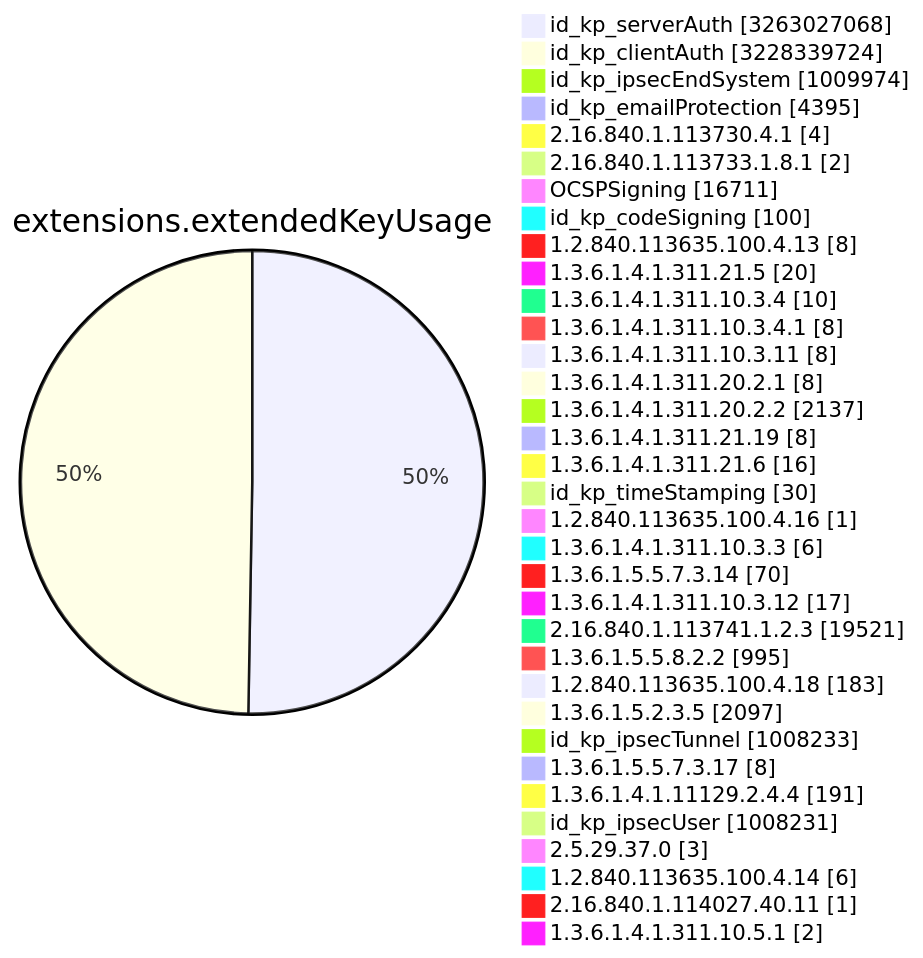
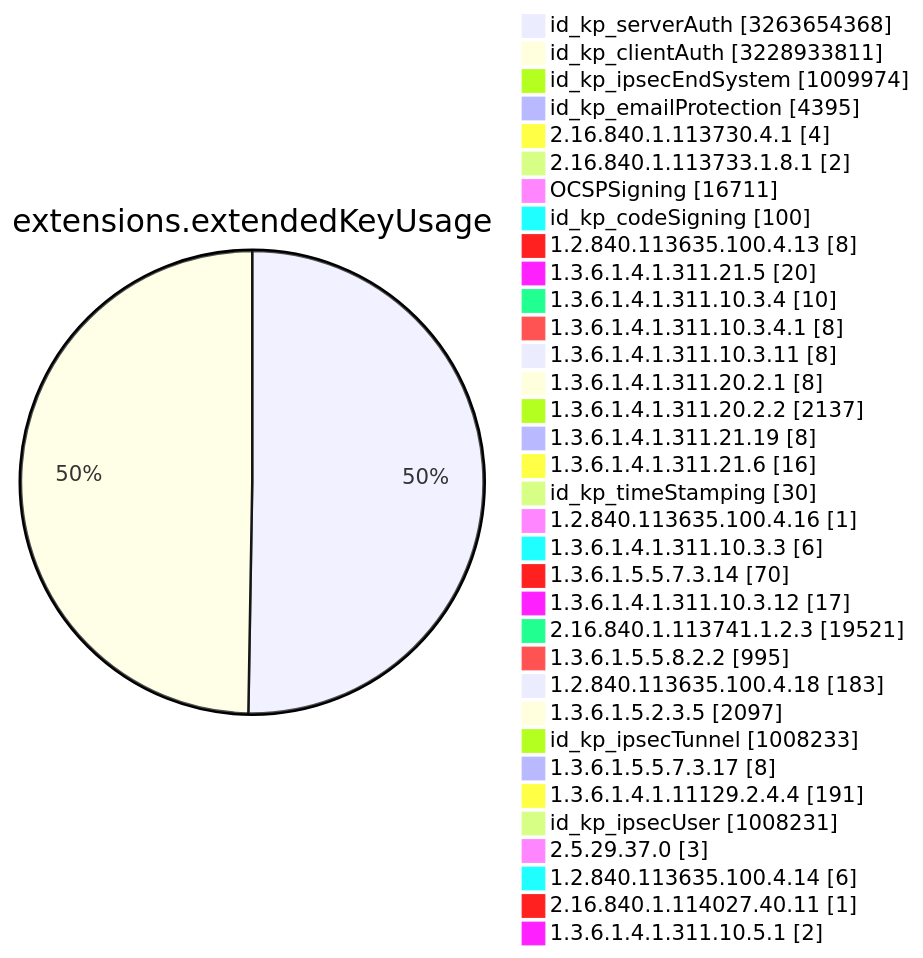
One commit to christiankrug/ctmonitor_visualization changed diagram 11 of 15 in TOTAL/README.md. Above: the diagram before and after it, drawn with Mermaid. The commit also changed other lines of this file, not shown here.

````diff
--- a/TOTAL/README.md
+++ b/TOTAL/README.md
@@ -4119,38 +4119,38 @@
 ```mermaid
 pie showData
 title extensions.extendedKeyUsage
-"id_kp_serverAuth" :3263027068
-"id_kp_clientAuth" :3228339724
+"id_kp_serverAuth" :3263654368
+"id_kp_clientAuth" :3228933811
 "id_kp_ipsecEndSystem" :1009974
 "id_kp_emailProtection" :4395
 "2.16.840.1.113730.4.1" :4
 "2.16.840.1.113733.1.8.1" :2
 "OCSPSigning" :16711
 "id_kp_codeSigning" :100
 "1.2.840.113635.100.4.13" :8
 "1.3.6.1.4.1.311.21.5" :20
 "1.3.6.1.4.1.311.10.3.4" :10
 "1.3.6.1.4.1.311.10.3.4.1" :8
 "1.3.6.1.4.1.311.10.3.11" :8
 "1.3.6.1.4.1.311.20.2.1" :8
 "1.3.6.1.4.1.311.20.2.2" :2137
 "1.3.6.1.4.1.311.21.19" :8
 "1.3.6.1.4.1.311.21.6" :16
 "id_kp_timeStamping" :30
 "1.2.840.113635.100.4.16" :1
 "1.3.6.1.4.1.311.10.3.3" :6
 "1.3.6.1.5.5.7.3.14" :70
 "1.3.6.1.4.1.311.10.3.12" :17
 "2.16.840.1.113741.1.2.3" :19521
 "1.3.6.1.5.5.8.2.2" :995
 "1.2.840.113635.100.4.18" :183
 "1.3.6.1.5.2.3.5" :2097
 "id_kp_ipsecTunnel" :1008233
 "1.3.6.1.5.5.7.3.17" :8
 "1.3.6.1.4.1.11129.2.4.4" :191
 "id_kp_ipsecUser" :1008231
 "2.5.29.37.0" :3
 "1.2.840.113635.100.4.14" :6
 "2.16.840.1.114027.40.11" :1
 "1.3.6.1.4.1.311.10.5.1" :2
 ```
````
